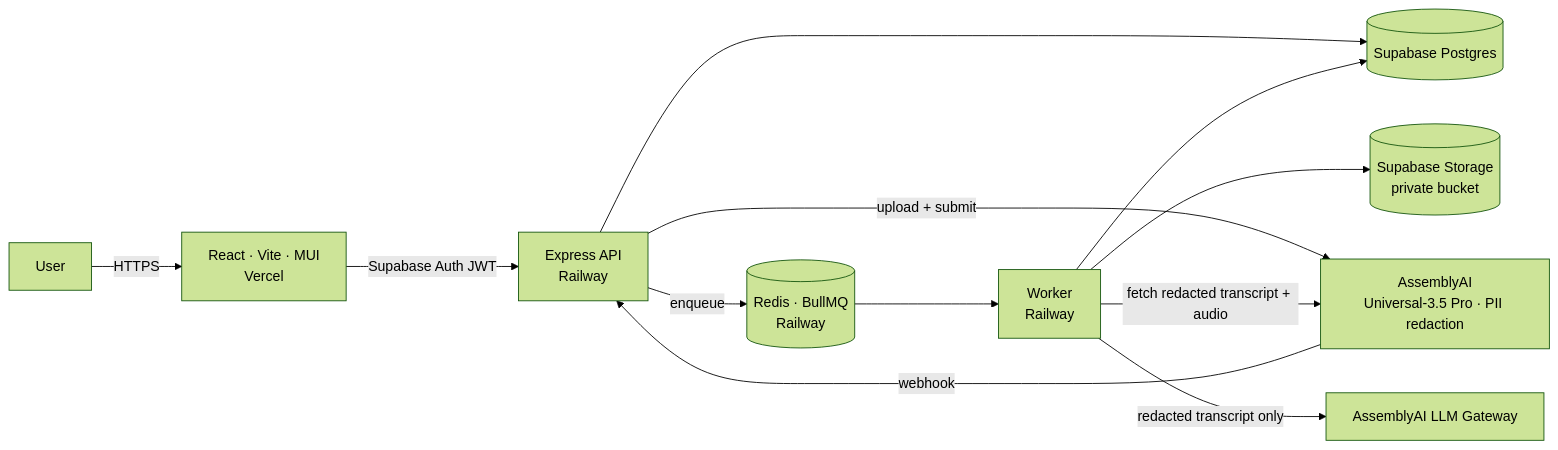
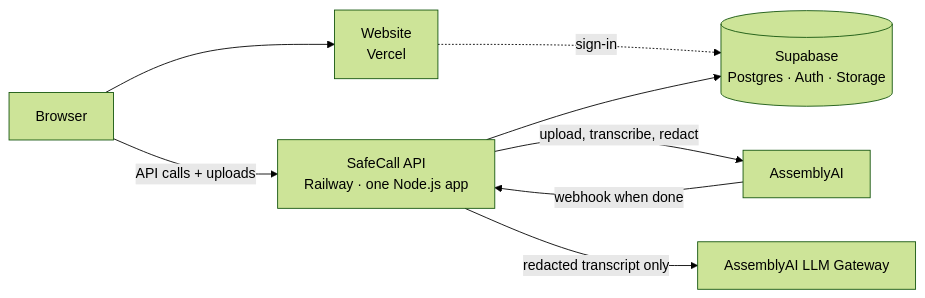
The first of 2 diagrams in docs/architecture.md (Chong1120/Endpointing), drawn with Mermaid (forest theme) before and after one commit. The commit also changed other lines of this file and 27 other files, not shown here.

First line of the commit message:
Simplify to three pieces: Vercel website, one Railway API, Supabase

````diff
--- a/docs/architecture.md
+++ b/docs/architecture.md
@@ -7,14 +7,10 @@
 ```mermaid
 flowchart LR
-  U[User] -->|HTTPS| FE[React · Vite · MUI<br/>Vercel]
-  FE -->|Supabase Auth JWT| API[Express API<br/>Railway]
-  API -->|enqueue| Q[(Redis · BullMQ<br/>Railway)]
-  Q --> W[Worker<br/>Railway]
-  API --> DB[(Supabase Postgres)]
-  W --> DB
-  W --> ST[(Supabase Storage<br/>private bucket)]
-  API -->|upload + submit| AAI[AssemblyAI<br/>Universal-3.5 Pro · PII redaction]
-  AAI -->|webhook| API
-  W -->|fetch redacted transcript + audio| AAI
-  W -->|redacted transcript only| LLM[AssemblyAI LLM Gateway]
+  U[Browser] --> FE[Website<br/>Vercel]
+  U -->|API calls + uploads| API[SafeCall API<br/>Railway · one Node.js app]
+  FE -. sign-in .-> SB
+  API -->|upload, transcribe, redact| AAI[AssemblyAI]
+  AAI -->|webhook when done| API
+  API -->|redacted transcript only| LLM[AssemblyAI LLM Gateway]
+  API --> SB[(Supabase<br/>Postgres · Auth · Storage)]
 ```
````
